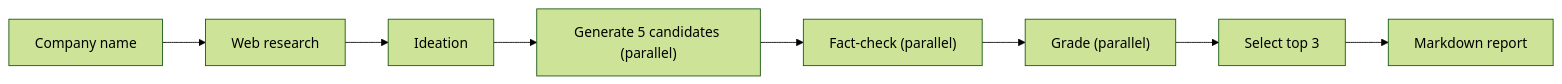
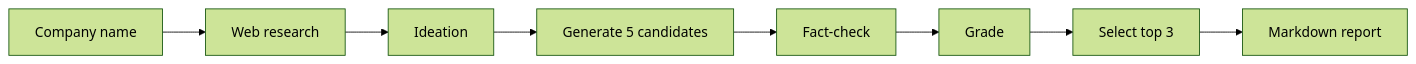
The diagram in README.md (Matthias-Laithier/sparkstral), drawn with Mermaid (forest theme) before and after one commit. The commit also changed other lines of this file and 1 other file, not shown here.

Commit message:
feat(README.md): added trace screenshot

````diff
--- a/README.md
+++ b/README.md
@@ -7,10 +7,10 @@
 ```mermaid
 flowchart LR
     A[Company name] --> B[Web research]
     B --> C[Ideation]
-    C --> D["Generate 5 candidates (parallel)"]
-    D --> E["Fact-check (parallel)"]
-    E --> F["Grade (parallel)"]
+    C --> D[Generate 5 candidates]
+    D --> E[Fact-check]
+    E --> F[Grade]
     F --> G[Select top 3]
     G --> H[Markdown report]
 ```
````
